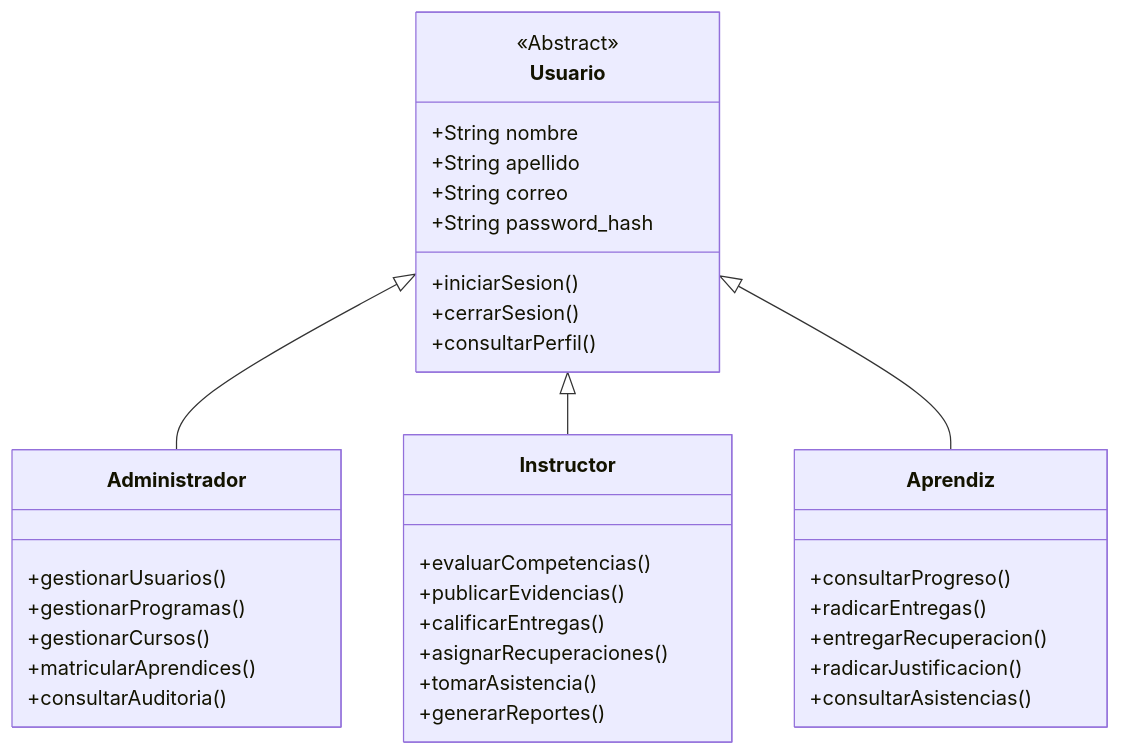
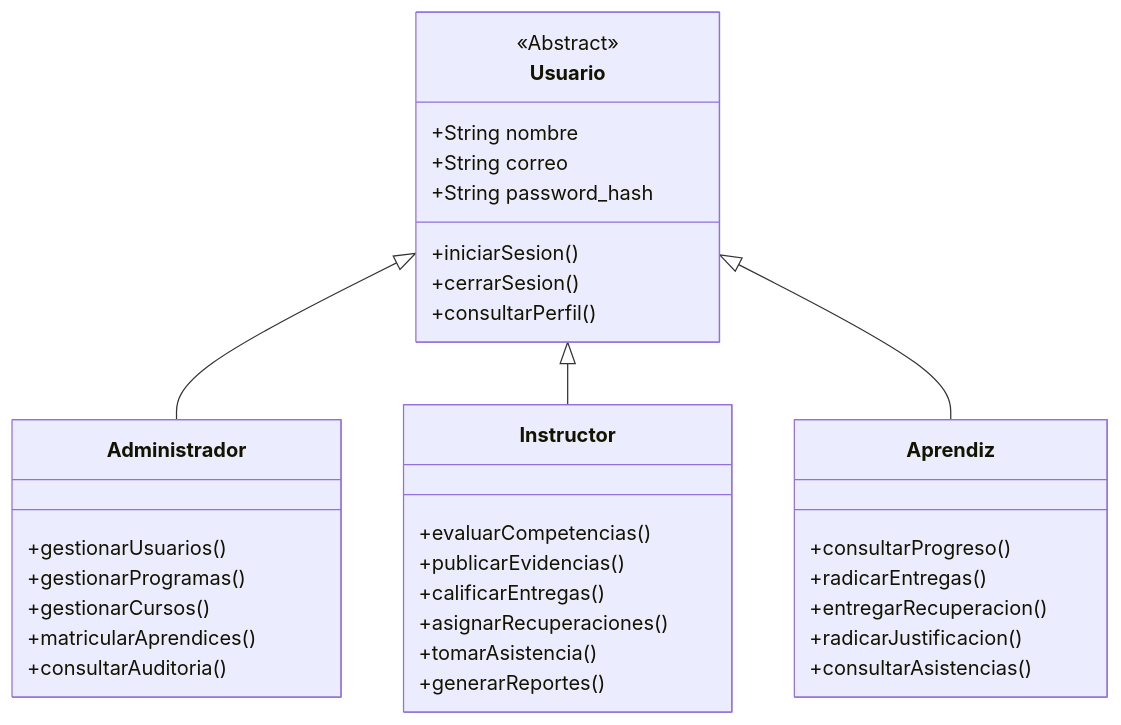
One commit to bautistanyely809-creator/PLATAFORMA-DE-GESTI-N-ACAD-MICA changed the fourth of 19 diagrams in documentos/SRS_EDUNOVA.md. Above: the diagram before and after it, drawn with Mermaid. The commit also changed other lines of this file and 58 other files, not shown here.

````diff
--- a/documentos/SRS_EDUNOVA.md
+++ b/documentos/SRS_EDUNOVA.md
@@ -354,42 +636,41 @@
 ```mermaid
 classDiagram
     class Usuario {
         <<Abstract>>
         +String nombre
-        +String apellido
         +String correo
         +String password_hash
         +iniciarSesion()
         +cerrarSesion()
         +consultarPerfil()
     }
 
     class Administrador {
         +gestionarUsuarios()
         +gestionarProgramas()
         +gestionarCursos()
         +matricularAprendices()
         +consultarAuditoria()
     }
 
     class Instructor {
         +evaluarCompetencias()
         +publicarEvidencias()
         +calificarEntregas()
         +asignarRecuperaciones()
         +tomarAsistencia()
         +generarReportes()
     }
 
     class Aprendiz {
         +consultarProgreso()
         +radicarEntregas()
         +entregarRecuperacion()
         +radicarJustificacion()
         +consultarAsistencias()
     }
 
     Usuario <|-- Administrador
     Usuario <|-- Instructor
     Usuario <|-- Aprendiz
 ```
````
